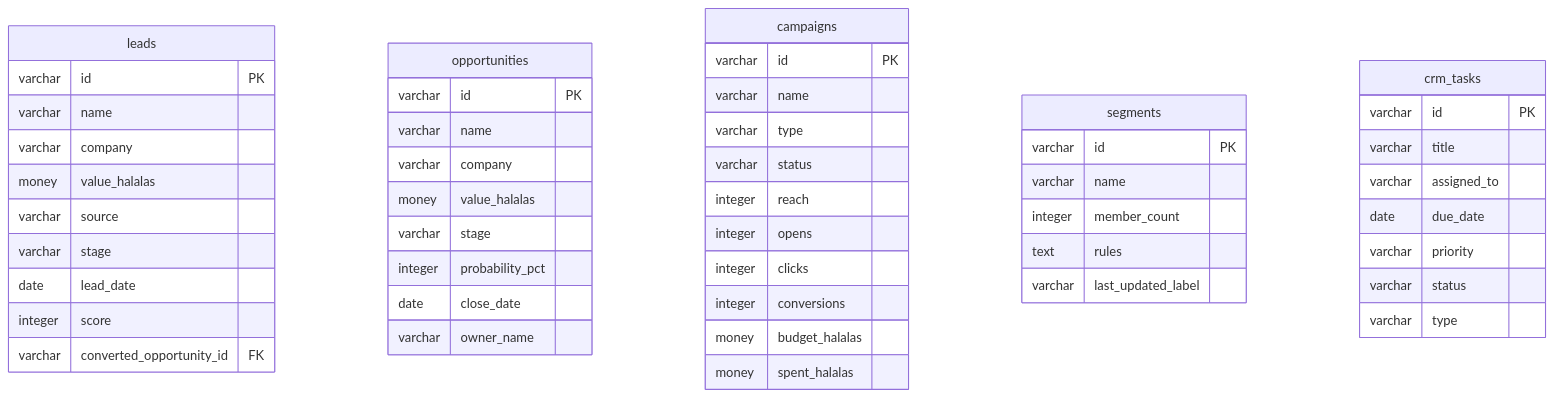
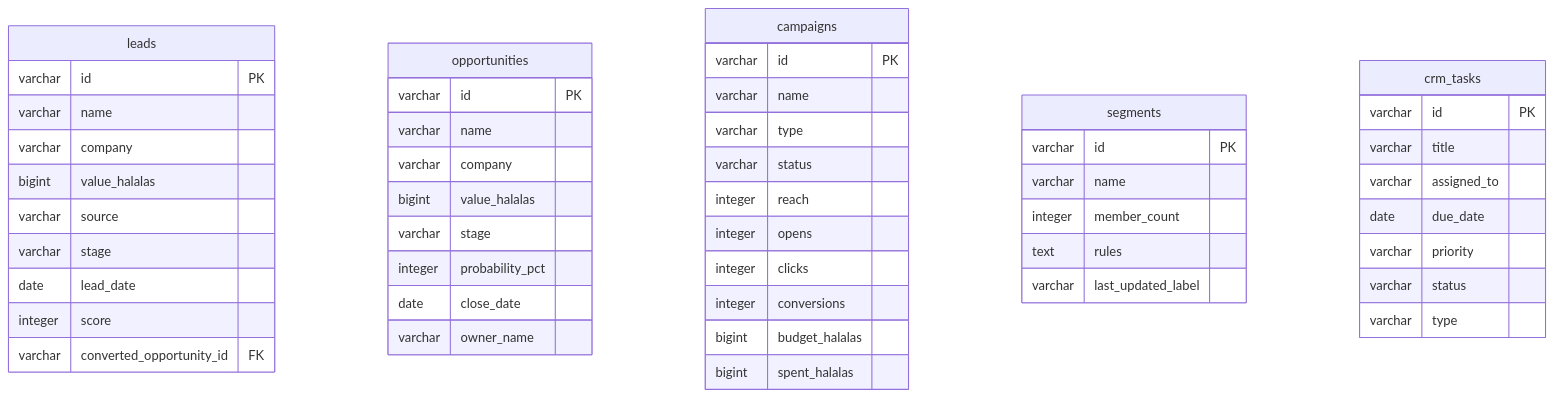
One commit to tazamohd/SlClNe changed the diagram in docs/33_MASTER_DIAGRAM_LIBRARY/ERD/CRM_ERD.md. Above: the diagram before and after it, drawn with Mermaid. The commit also changed 76 other files, not shown here.

````diff
--- a/docs/33_MASTER_DIAGRAM_LIBRARY/ERD/CRM_ERD.md
+++ b/docs/33_MASTER_DIAGRAM_LIBRARY/ERD/CRM_ERD.md
@@ -15,52 +15,52 @@
 ```mermaid
 erDiagram
   leads {
     varchar id PK
     varchar name
     varchar company
-    money value_halalas
+    bigint value_halalas
     varchar source
     varchar stage
     date lead_date
     integer score
     varchar converted_opportunity_id FK
   }
   opportunities {
     varchar id PK
     varchar name
     varchar company
-    money value_halalas
+    bigint value_halalas
     varchar stage
     integer probability_pct
     date close_date
     varchar owner_name
   }
   campaigns {
     varchar id PK
     varchar name
     varchar type
     varchar status
     integer reach
     integer opens
     integer clicks
     integer conversions
-    money budget_halalas
-    money spent_halalas
+    bigint budget_halalas
+    bigint spent_halalas
   }
   segments {
     varchar id PK
     varchar name
     integer member_count
     text rules
     varchar last_updated_label
   }
   crm_tasks {
     varchar id PK
     varchar title
     varchar assigned_to
     date due_date
     varchar priority
     varchar status
     varchar type
   }
 ```
````
